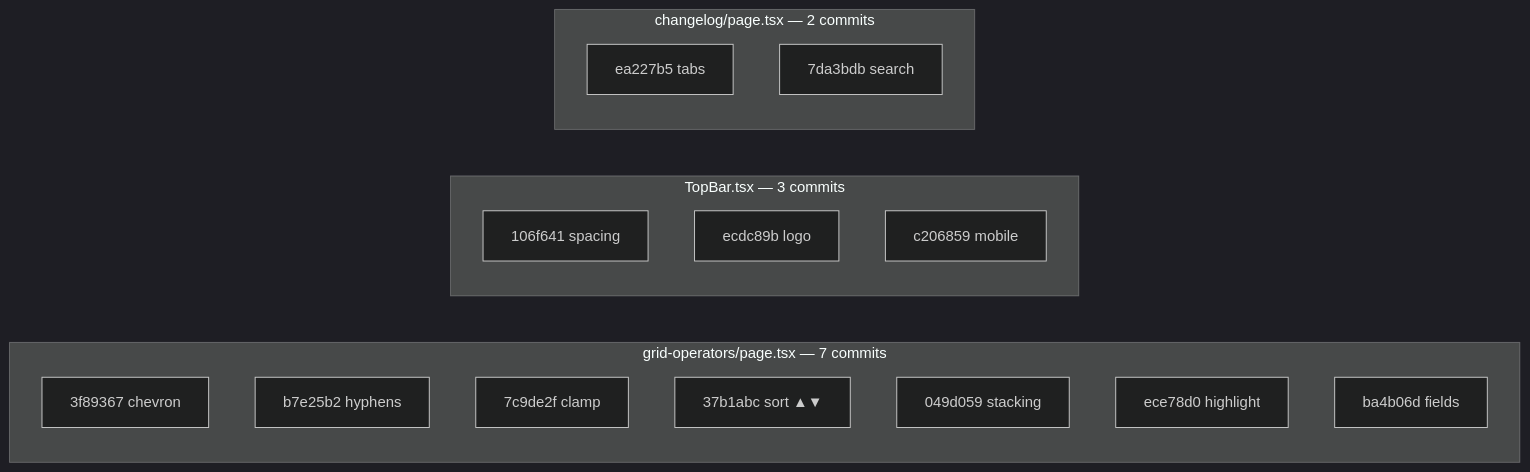
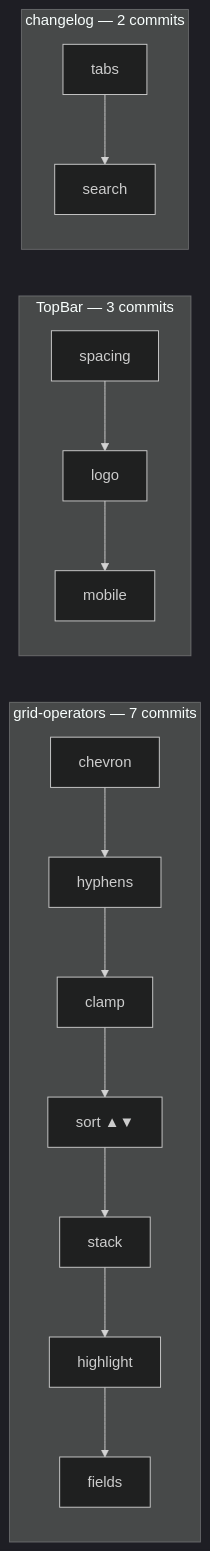
Before and after one commit to TextureHQ/commongrid: the second of 3 diagrams in PR_DESCRIPTION.md, drawn with Mermaid (dark theme). The commit also changed other lines of this file and 1 other file, not shown here.

````diff
--- a/PR_DESCRIPTION.md
+++ b/PR_DESCRIPTION.md
@@ -147,23 +196,14 @@
 ```mermaid
 graph LR
-    subgraph "grid-operators/page.tsx — 7 commits"
-        G1[3f89367 chevron]
-        G2[b7e25b2 hyphens]
-        G3[7c9de2f clamp]
-        G4[37b1abc sort ▲▼]
-        G5[049d059 stacking]
-        G6[ece78d0 highlight]
-        G7[ba4b06d fields]
+    subgraph "grid-operators — 7 commits"
+        G1[chevron] --> G2[hyphens] --> G3[clamp] --> G4[sort ▲▼] --> G5[stack] --> G6[highlight] --> G7[fields]
     end
 
-    subgraph "TopBar.tsx — 3 commits"
-        T1[106f641 spacing]
-        T2[ecdc89b logo]
-        T3[c206859 mobile]
+    subgraph "TopBar — 3 commits"
+        T1[spacing] --> T2[logo] --> T3[mobile]
     end
 
-    subgraph "changelog/page.tsx — 2 commits"
-        C1[ea227b5 tabs]
-        C2[7da3bdb search]
+    subgraph "changelog — 2 commits"
+        C1[tabs] --> C2[search]
     end
 ```
````
